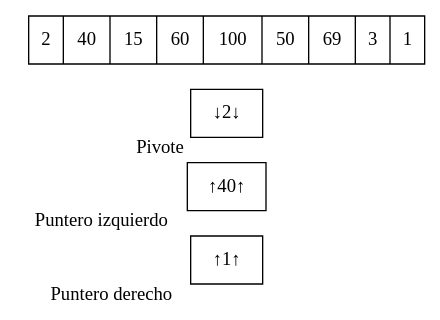
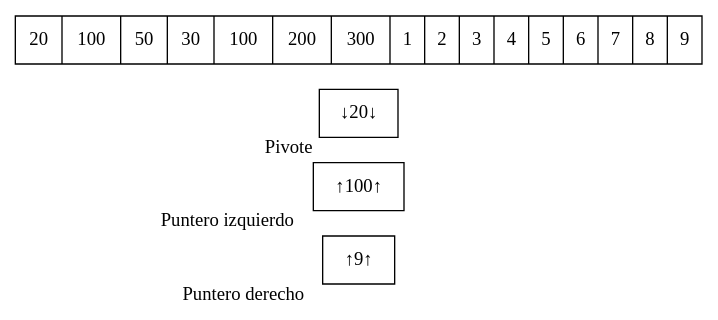
Before and after one commit to oscarc99/EDD_DIC_2019_PY2_201709140-: the diagram in src/Imagenes/quicksort/i3.dot, drawn with Graphviz. The commit also changed 655 other files, not shown here.

```diff
--- a/src/Imagenes/quicksort/i3.dot
+++ b/src/Imagenes/quicksort/i3.dot
@@ -1,5 +1,5 @@
 digraph G{ node [shape = record ];
- rankdir=LR;puntDer[label="↑1↑" xlabel="Puntero derecho" pos = "12,0!"]
-puntIzq[label="↑40↑" xlabel="Puntero izquierdo" pos = "8,0!"]
-pivote[label="↓2↓" xlabel ="Pivote" pos = "10,2!"]
-X[label="{ 2|40|15|60|100|50|69|3|1}" pos = "10,1!" ]}
+ rankdir=LR;puntDer[label="↑9↑" xlabel="Puntero derecho" pos = "12,0!"]
+puntIzq[label="↑100↑" xlabel="Puntero izquierdo" pos = "8,0!"]
+pivote[label="↓20↓" xlabel ="Pivote" pos = "10,2!"]
+X[label="{ 20|100|50|30|100|200|300|1|2|3|4|5|6|7|8|9}" pos = "10,1!" ]}
```
